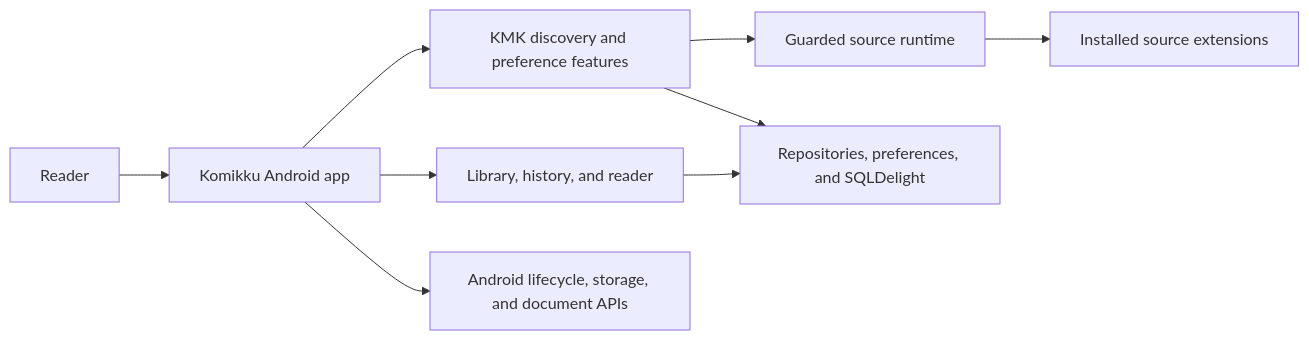
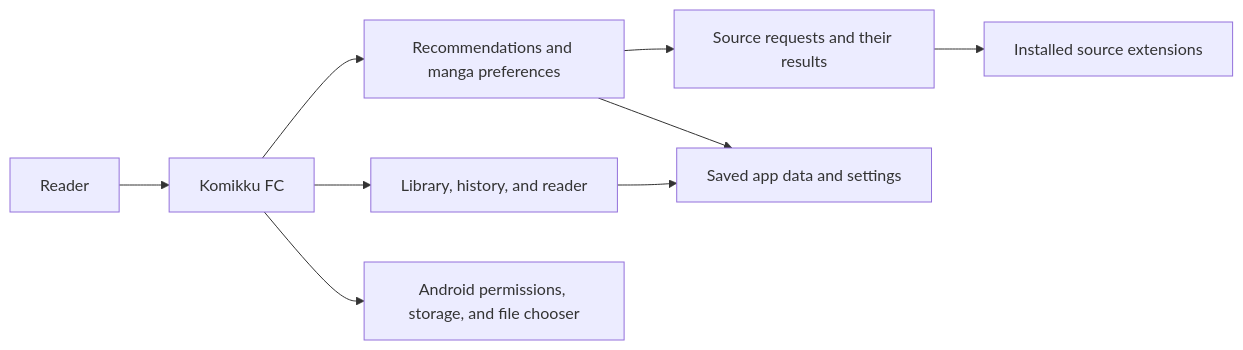
One commit to FancyCorey/komikku-fc changed the first of 6 diagrams in docs/kmk/how-kmk-works.md. Above: the diagram before and after it, drawn with Mermaid. The commit also changed other lines of this file and 16 other files, not shown here.

````diff
--- a/docs/kmk/how-kmk-works.md
+++ b/docs/kmk/how-kmk-works.md
@@ -7,11 +7,11 @@
 ```mermaid
 flowchart LR
-    User["Reader"] --> App["Komikku Android app"]
+    User["Reader"] --> App["Komikku FC"]
     App --> Library["Library, history, and reader"]
-    App --> Discovery["KMK discovery and preference features"]
-    Discovery --> Runtime["Guarded source runtime"]
-    Runtime --> Extensions["Installed source extensions"]
-    Library --> Store["Repositories, preferences, and SQLDelight"]
+    App --> Discovery["Recommendations and manga preferences"]
+    Discovery --> Requests["Source requests and their results"]
+    Requests --> Extensions["Installed source extensions"]
+    Library --> Store["Saved app data and settings"]
     Discovery --> Store
-    App --> Android["Android lifecycle, storage, and document APIs"]
+    App --> Android["Android permissions, storage, and file chooser"]
 ```
````
